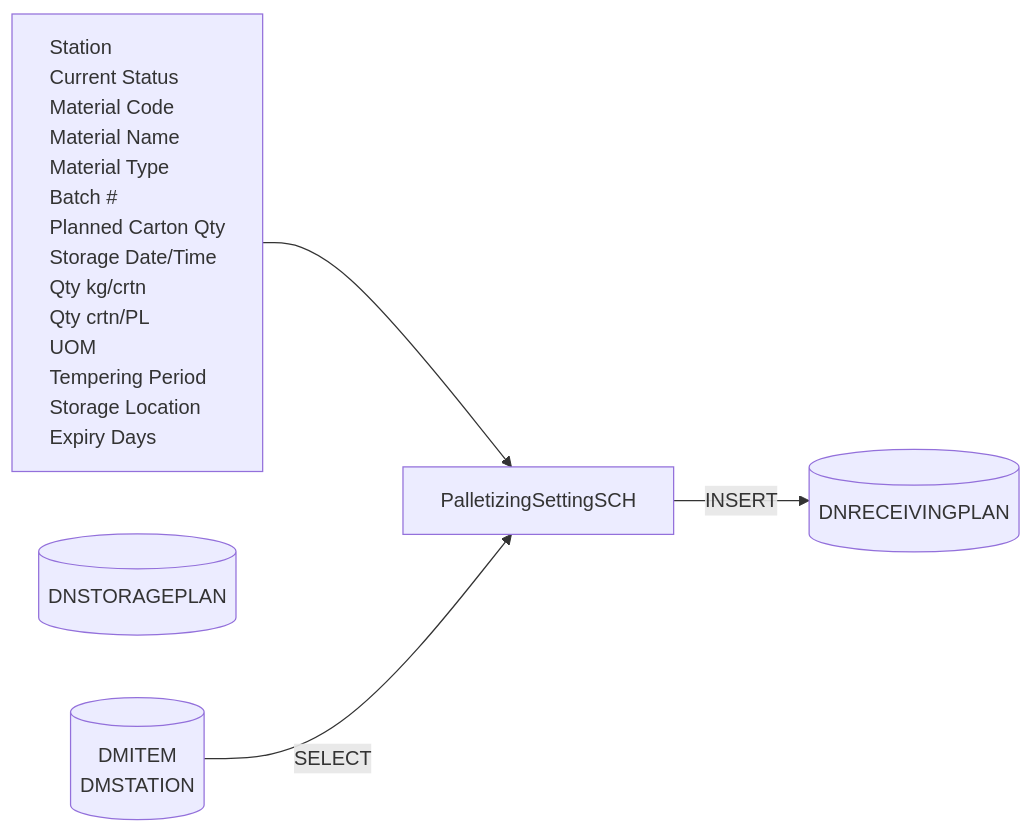
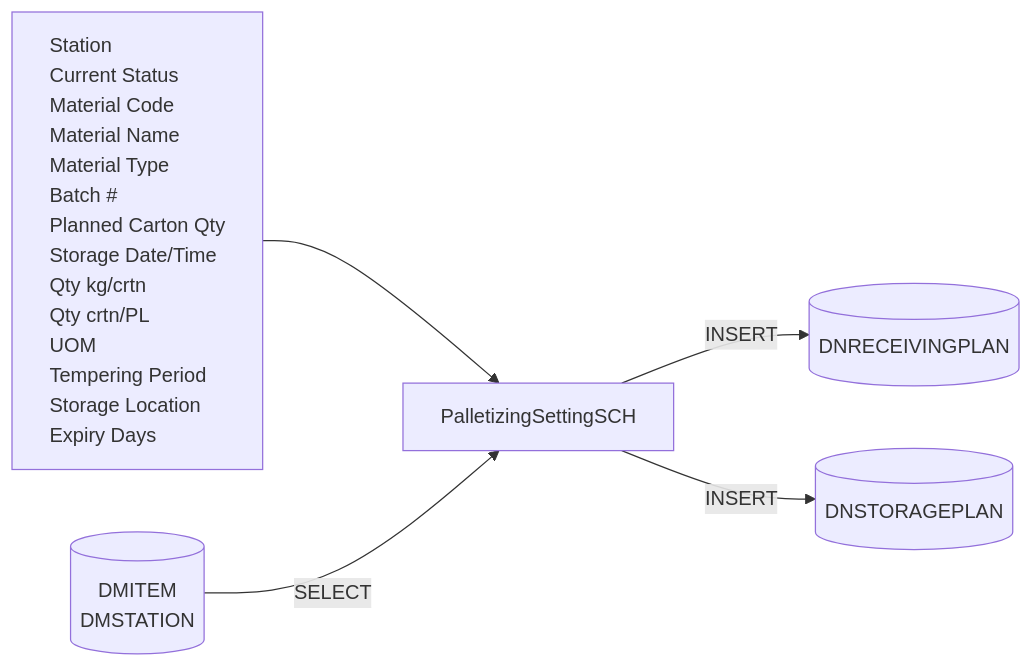
One commit to luthfiadityaa/SimeDarby-Wiki changed the fourth of 4 diagrams in Basic-Design/DFD-WMS/Storage/PALLETIZE-OPERATION-(HP)/0.-Palletize-Start.md. Above: the diagram before and after it, drawn with Mermaid.

Commit message:
Updated 0. Palletize Start

```diff
--- a/Basic-Design/DFD-WMS/Storage/PALLETIZE-OPERATION-(HP)/0.-Palletize-Start.md
+++ b/Basic-Design/DFD-WMS/Storage/PALLETIZE-OPERATION-(HP)/0.-Palletize-Start.md
@@ -63,40 +63,41 @@
 ::: mermaid
 flowchart LR
     input[
         Station 
         Current Status
         Material Code
         Material Name
         Material Type
         Batch #
         Planned Carton Qty
         Storage Date/Time
         Qty kg/crtn
         Qty crtn/PL
         UOM
         Tempering Period
         Storage Location
         Expiry Days
     ]
 
     tableList-insert[("
         DNRECEIVINGPLAN
     ")]
 
     tableList-insert2[("
         DNSTORAGEPLAN
     ")]
 
      tableList-select[("
         DMITEM
         DMSTATION
     ")]
 
     className[PalletizingSettingSCH]
 
     input --> className --> |INSERT| tableList-insert
+    className --> |INSERT| tableList-insert2
     tableList-select --> |SELECT| className
 
     classDef leftAlign text-align:left;
     class input leftAlign;
 :::
```
